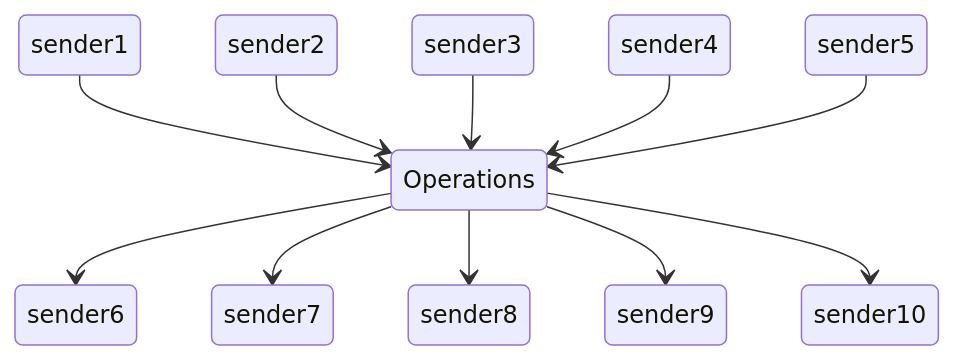
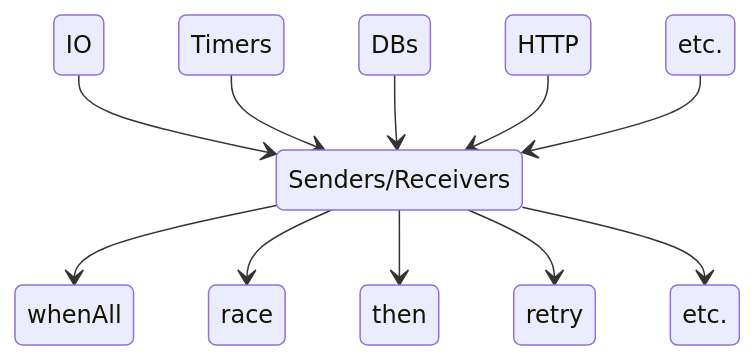
The seventh of 7 diagrams in slides.md (skoppe/dconf-2022), drawn with Mermaid before and after one commit. The commit also changed other lines of this file, not shown here.

````diff
--- a/slides.md
+++ b/slides.md
@@ -776,16 +944,18 @@
 ```mermaid
    stateDiagram-v2
-     sender1 --> Operations
-     sender2 --> Operations
-     sender3 --> Operations
-     sender4 --> Operations
-     sender5 --> Operations
-     Operations : Operations
+     IO --> SR
+     Timers --> SR
+     DBs --> SR
+     HTTP --> SR
+     E1 --> SR
+     SR : Senders/Receivers
+     E1 : etc.
+     E2 : etc.
 
-     Operations --> sender6
-     Operations --> sender7
-     Operations --> sender8
-     Operations --> sender9
-     Operations --> sender10
+     SR --> whenAll
+     SR --> race
+     SR --> then
+     SR --> retry
+     SR --> E2
 
 ```
````
